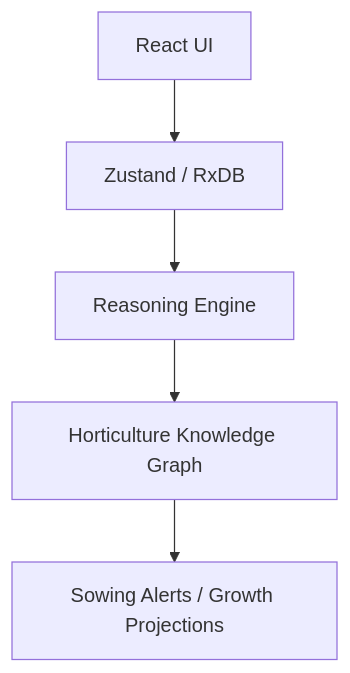
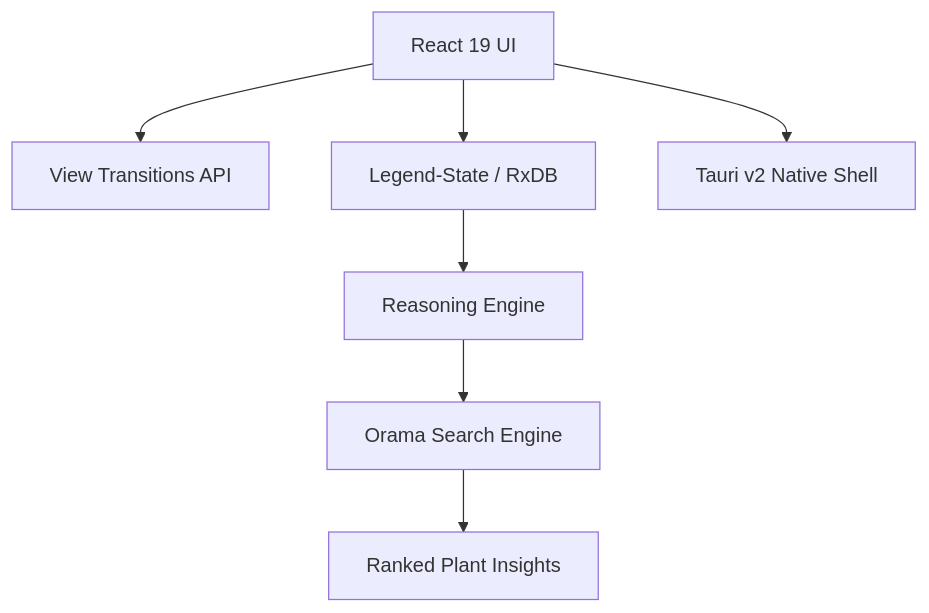
Before and after one commit to shahriarhaqueabir/LovelyGarden: the diagram in README.md, drawn with Mermaid. The commit also changed other lines of this file and 99 other files, not shown here.

````diff
--- a/README.md
+++ b/README.md
@@ -50,7 +55,9 @@
 ```mermaid
 graph TD
-    UI[React UI] --> Store[Zustand / RxDB]
+    UI[React 19 UI] --> View[View Transitions API]
+    UI --> Store[Legend-State / RxDB]
     Store --> Engine[Reasoning Engine]
-    Engine --> Science[Horticulture Knowledge Graph]
-    Science --> Result[Sowing Alerts / Growth Projections]
+    Engine --> Search[Orama Search Engine]
+    Search --> Result[Ranked Plant Insights]
+    UI --> Native[Tauri v2 Native Shell]
 ```
````
